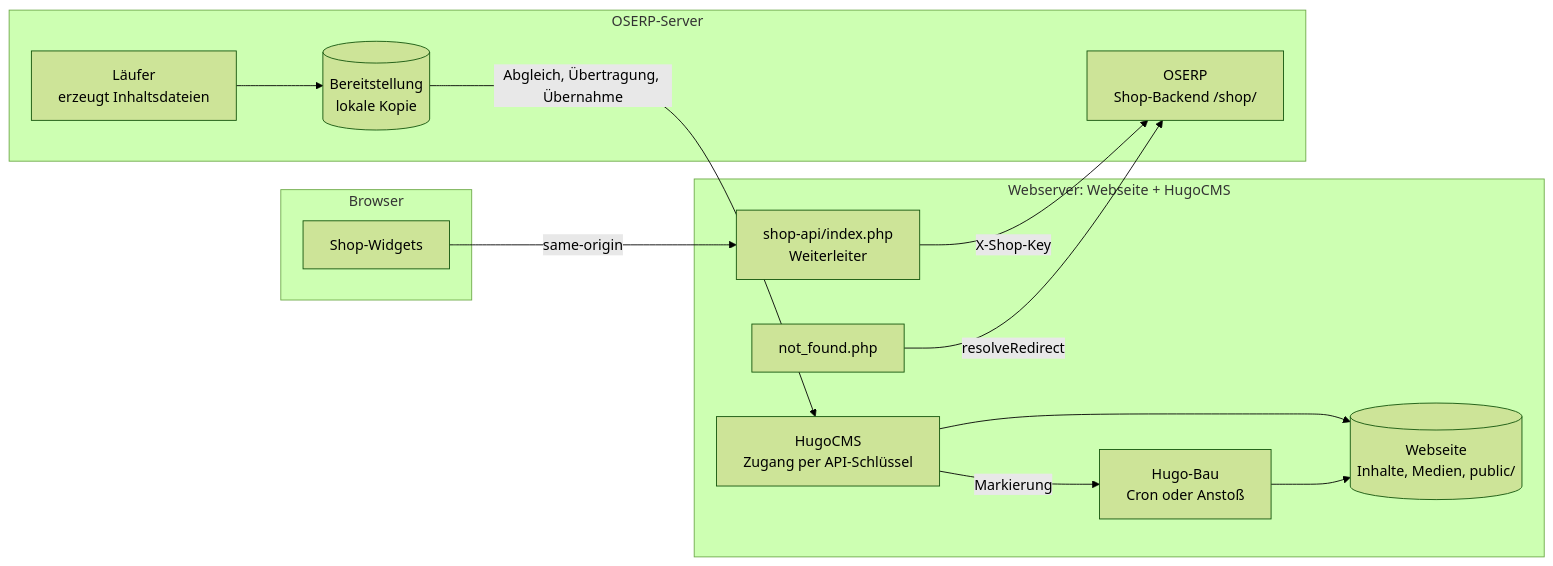
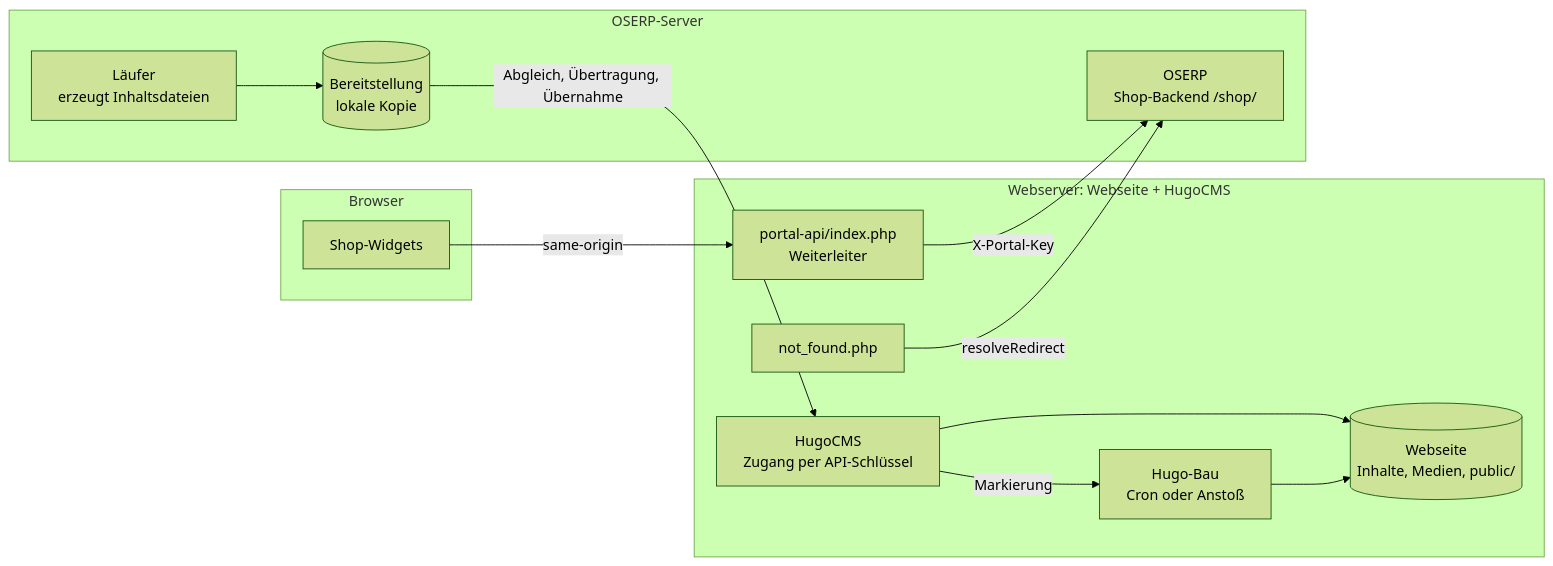
Before and after one commit to Ciatronical/opensource-erp: the diagram in dev/shop-hugocms-trennung.md, drawn with Mermaid (forest theme). The commit also changed other lines of this file and 320 other files, not shown here.

````diff
--- a/dev/shop-hugocms-trennung.md
+++ b/dev/shop-hugocms-trennung.md
@@ -98,25 +98,25 @@
 ```mermaid
 flowchart LR
     subgraph Browser
         W[Shop-Widgets]
     end
     subgraph Webserver["Webserver: Webseite + HugoCMS"]
-        P[shop-api/index.php<br/>Weiterleiter]
+        P[portal-api/index.php<br/>Weiterleiter]
         N[not_found.php]
         C[HugoCMS<br/>Zugang per API-Schlüssel]
         H[Hugo-Bau<br/>Cron oder Anstoß]
         S[(Webseite<br/>Inhalte, Medien, public/)]
     end
     subgraph ERP["OSERP-Server"]
         O[OSERP<br/>Shop-Backend /shop/]
         L[Läufer<br/>erzeugt Inhaltsdateien]
         B[(Bereitstellung<br/>lokale Kopie)]
     end
 
-    W -->|same-origin| P -->|X-Shop-Key| O
+    W -->|same-origin| P -->|X-Portal-Key| O
     N -->|resolveRedirect| O
     L --> B
     B -->|Abgleich, Übertragung, Übernahme| C
     C --> S
     C -->|Markierung| H --> S
 ```
````
